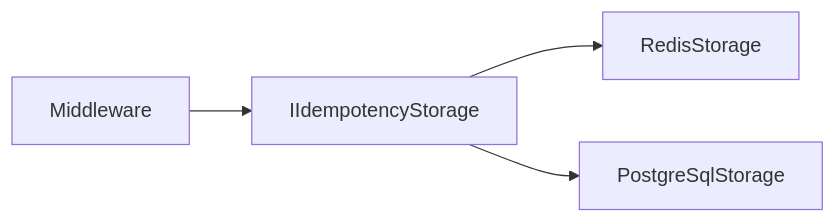
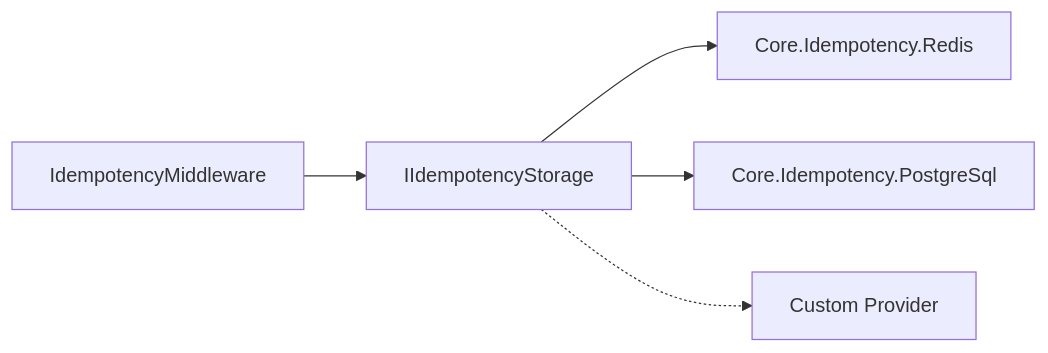
One commit to FEDERIN/CoreSystem changed the third of 3 diagrams in docs/Idempotency/Architecture.md. Above: the diagram before and after it, drawn with Mermaid. The commit also changed other lines of this file and 23 other files, not shown here.

````diff
--- a/docs/Idempotency/Architecture.md
+++ b/docs/Idempotency/Architecture.md
@@ -145,9 +149,12 @@
 ```mermaid
 graph LR
 
-    Middleware --> Storage["IIdempotencyStorage"]
+    Middleware["IdempotencyMiddleware"]
+        --> Storage["IIdempotencyStorage"]
 
-    Storage --> Redis["RedisStorage"]
+    Storage --> Redis["Core.Idempotency.Redis"]
 
-    Storage --> PostgreSQL["PostgreSqlStorage"]
+    Storage --> PostgreSQL["Core.Idempotency.PostgreSql"]
+
+    Storage -.-> Future["Custom Provider"]
 ```
````
